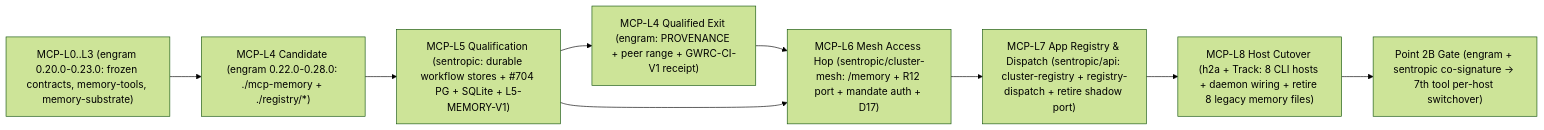
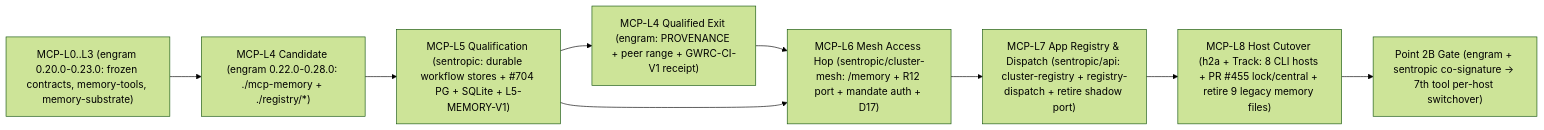
One commit to rhanka/engram changed the first of 2 diagrams in spec/SPEC_ENGRAM_CLUSTER_MESH_MEMORY_ACCESS_AND_MCP_WIRING.md. Above: the diagram before and after it, drawn with Mermaid (forest theme). The commit also changed other lines of this file, not shown here.

First line of the commit message:
spec(memory): fold the h2a and sentropic reviews into Spec 6A

````diff
--- a/spec/SPEC_ENGRAM_CLUSTER_MESH_MEMORY_ACCESS_AND_MCP_WIRING.md
+++ b/spec/SPEC_ENGRAM_CLUSTER_MESH_MEMORY_ACCESS_AND_MCP_WIRING.md
@@ -108,20 +110,20 @@
 ```mermaid
 flowchart LR
   L03["MCP-L0..L3 (engram 0.20.0-0.23.0: frozen contracts, memory-tools, memory-substrate)"]
   L4C["MCP-L4 Candidate (engram 0.22.0-0.28.0: ./mcp-memory + ./registry/*)"]
   L5["MCP-L5 Qualification (sentropic: durable workflow stores + #704 PG + SQLite + L5-MEMORY-V1)"]
   L4X["MCP-L4 Qualified Exit (engram: PROVENANCE + peer range + GWRC-CI-V1 receipt)"]
   L6["MCP-L6 Mesh Access Hop (sentropic/cluster-mesh: /memory + R12 port + mandate auth + D17)"]
   L7["MCP-L7 App Registry & Dispatch (sentropic/api: cluster-registry + registry-dispatch + retire shadow port)"]
-  L8["MCP-L8 Host Cutover (h2a + Track: 8 CLI hosts + daemon wiring + retire 8 legacy memory files)"]
+  L8["MCP-L8 Host Cutover (h2a + Track: 8 CLI hosts + PR #455 lock/central + retire 9 legacy memory files)"]
   P2B["Point 2B Gate (engram + sentropic co-signature -> 7th tool per-host switchover)"]
 
   L03 --> L4C
   L4C --> L5
   L5 --> L4X
   L4X --> L6
   L5 --> L6
   L6 --> L7
   L7 --> L8
   L8 --> P2B
 ```
````
